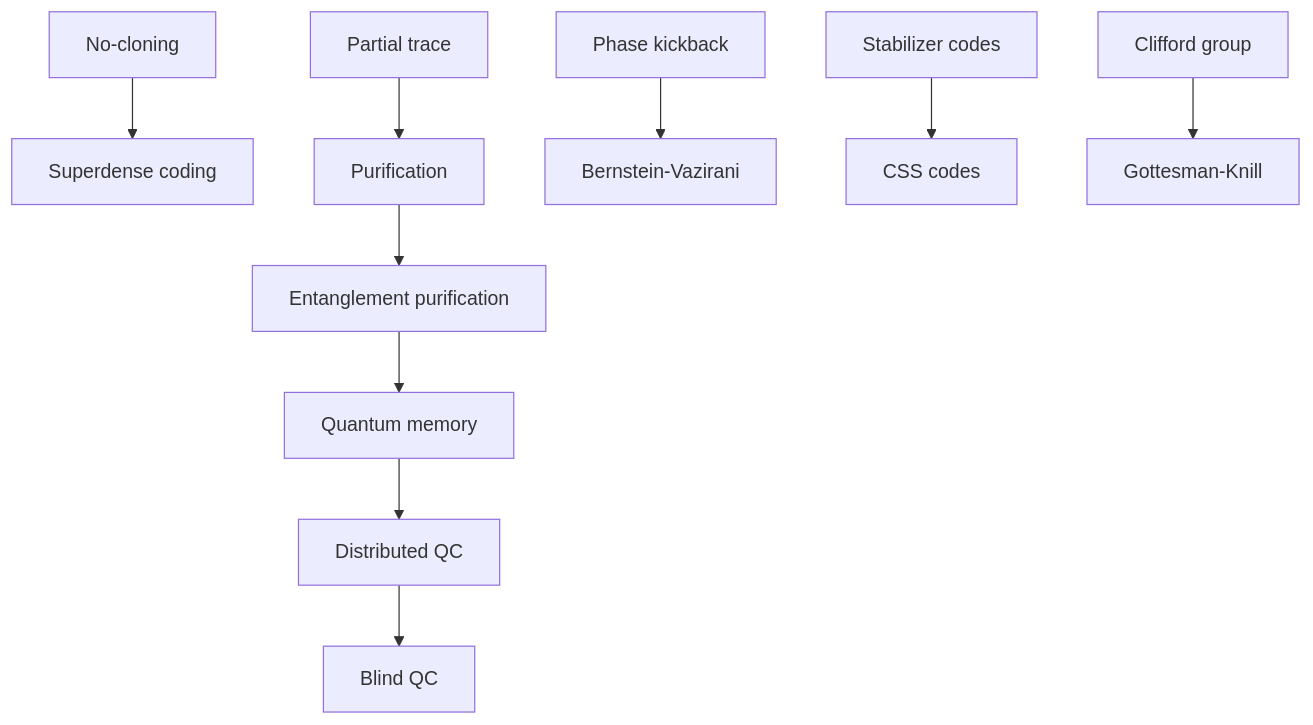
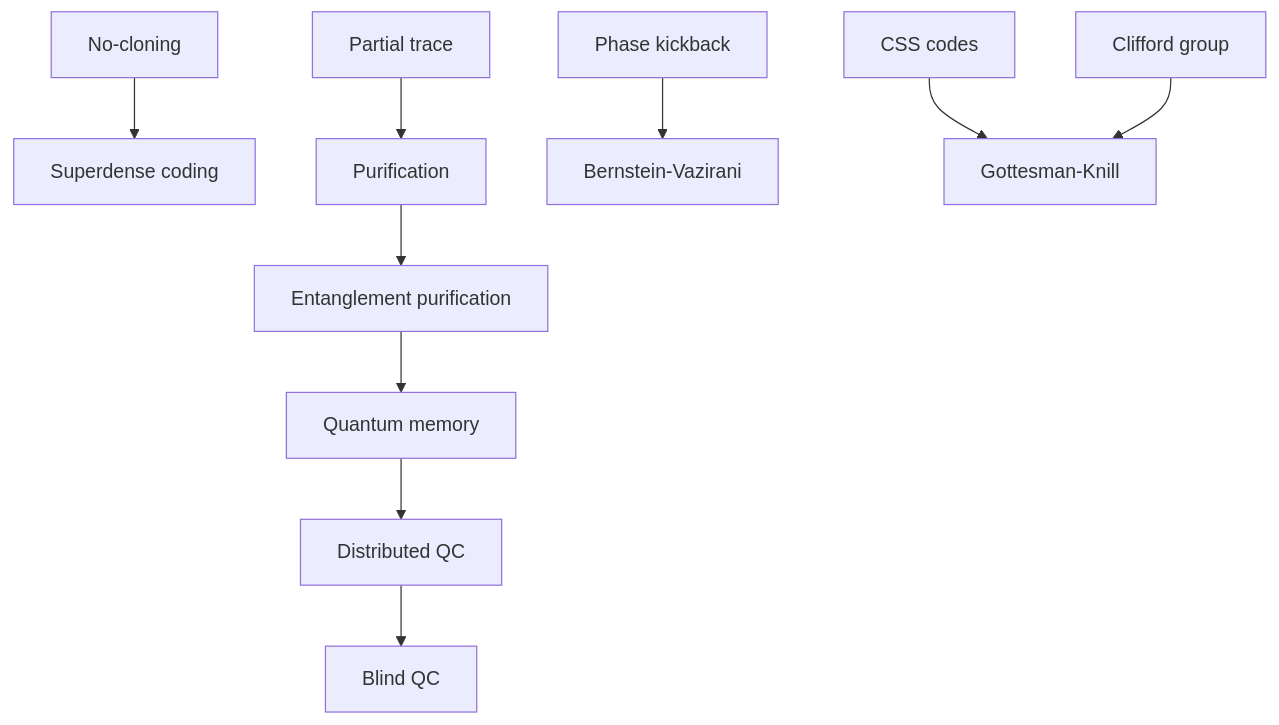
Before and after one commit to ArhamAkhtarAlam/mitxpro-my-notes: the diagram in Extra (not in course)/Extra.md, drawn with Mermaid. The commit also changed other lines of this file and 45 other files, not shown here.

````diff
--- a/Extra (not in course)/Extra.md
+++ b/Extra (not in course)/Extra.md
@@ -17,10 +17,10 @@
 ```mermaid
 flowchart TD
     NC["No-cloning"] --> SD["Superdense coding"]
     PT["Partial trace"] --> PU["Purification"]
     PU --> EP["Entanglement purification"]
     PK["Phase kickback"] --> BV["Bernstein-Vazirani"]
-    ST["Stabilizer codes"] --> CSS["CSS codes"]
+    CSS["CSS codes"] --> GK
     CL["Clifford group"] --> GK["Gottesman-Knill"]
     EP --> QM["Quantum memory"] --> DQC["Distributed QC"] --> BQC["Blind QC"]
 ```
````
